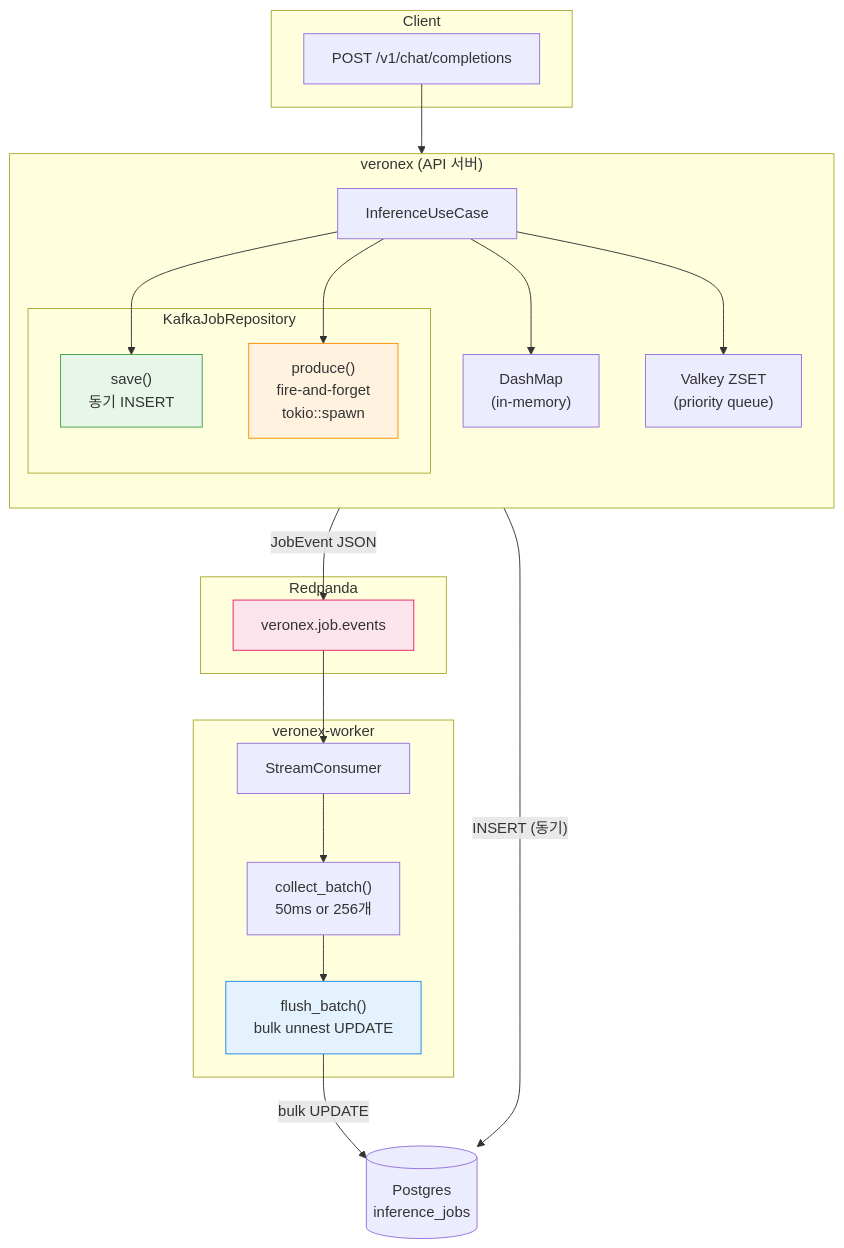
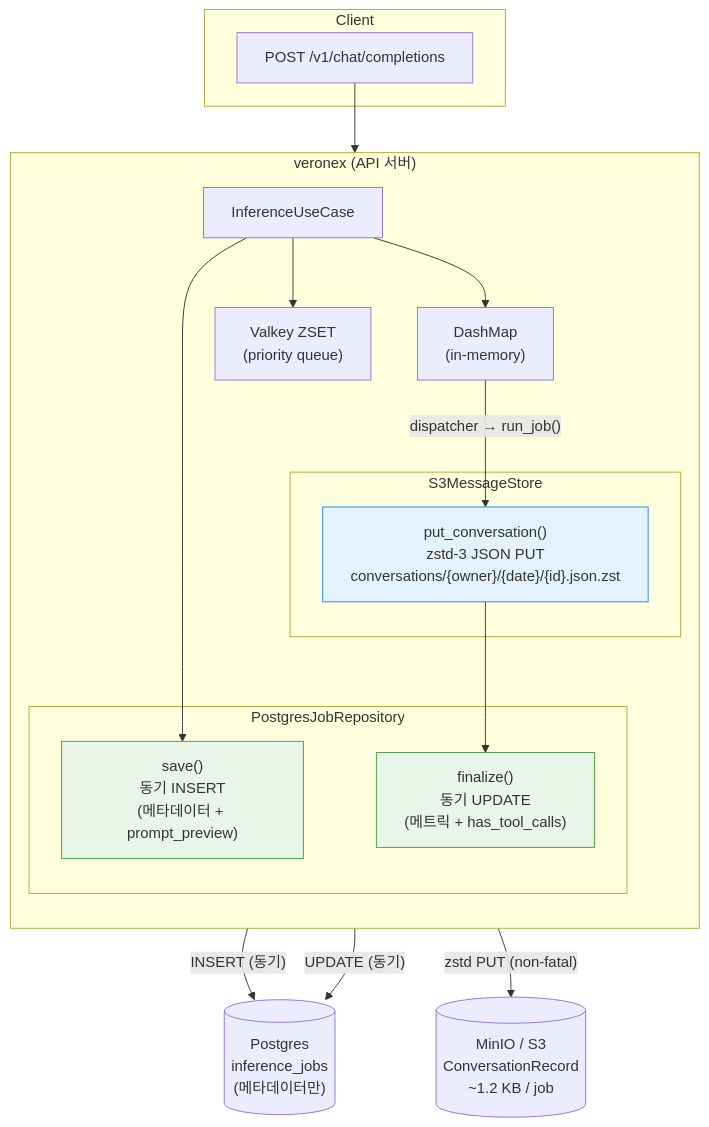
Before and after one commit to beegy-labs/veronex: the first of 7 diagrams in docs/llm/flows/job-event-pipeline.md, drawn with Mermaid. The commit also changed other lines of this file and 10 other files, not shown here.

First line of the commit message:
docs(cdd): reflect S3 conversation store + fix runtime SQL bugs

````diff
--- a/docs/llm/flows/job-event-pipeline.md
+++ b/docs/llm/flows/job-event-pipeline.md
@@ -9,50 +9,42 @@
 ```mermaid
 flowchart TB
     subgraph CLIENT["Client"]
         REQ["POST /v1/chat/completions"]
     end
 
     subgraph VERONEX["veronex (API 서버)"]
         direction TB
         UC["InferenceUseCase"]
 
-        subgraph REPO["KafkaJobRepository"]
-            SAVE["save()\n동기 INSERT"]
-            PRODUCE["produce()\nfire-and-forget\ntokio::spawn"]
+        subgraph REPO["PostgresJobRepository"]
+            SAVE["save()\n동기 INSERT\n(메타데이터 + prompt_preview)"]
+            FINALIZE["finalize()\n동기 UPDATE\n(메트릭 + has_tool_calls)"]
+        end
+
+        subgraph S3STORE["S3MessageStore"]
+            PUT["put_conversation()\nzstd-3 JSON PUT\nconversations/{owner}/{date}/{id}.json.zst"]
         end
 
         DM["DashMap\n(in-memory)"]
         ZSET["Valkey ZSET\n(priority queue)"]
     end
 
-    subgraph REDPANDA["Redpanda"]
-        TOPIC["veronex.job.events"]
-    end
-
-    subgraph WORKER["veronex-worker"]
-        CONSUMER["StreamConsumer"]
-        BATCH["collect_batch()\n50ms or 256개"]
-        FLUSH["flush_batch()\nbulk unnest UPDATE"]
-    end
-
-    PG[("Postgres\ninference_jobs")]
+    PG[("Postgres\ninference_jobs\n(메타데이터만)")]
+    S3[("MinIO / S3\nConversationRecord\n~1.2 KB / job")]
 
     REQ --> UC
     UC --> SAVE
-    UC --> PRODUCE
     UC --> DM
     UC --> ZSET
 
     SAVE -->|"INSERT (동기)"| PG
-    PRODUCE -->|"JobEvent JSON"| TOPIC
 
-    TOPIC --> CONSUMER
-    CONSUMER --> BATCH
-    BATCH --> FLUSH
-    FLUSH -->|"bulk UPDATE"| PG
+    DM -->|"dispatcher → run_job()"| PUT
+    PUT -->|"zstd PUT (non-fatal)"| S3
+    PUT --> FINALIZE
+    FINALIZE -->|"UPDATE (동기)"| PG
 
     style SAVE fill:#e8f5e9,stroke:#43a047
-    style PRODUCE fill:#fff3e0,stroke:#fb8c00
-    style TOPIC fill:#fce4ec,stroke:#e91e63
-    style FLUSH fill:#e3f2fd,stroke:#1e88e5
+    style FINALIZE fill:#e8f5e9,stroke:#43a047
+    style PUT fill:#e3f2fd,stroke:#1e88e5
 ```
````
